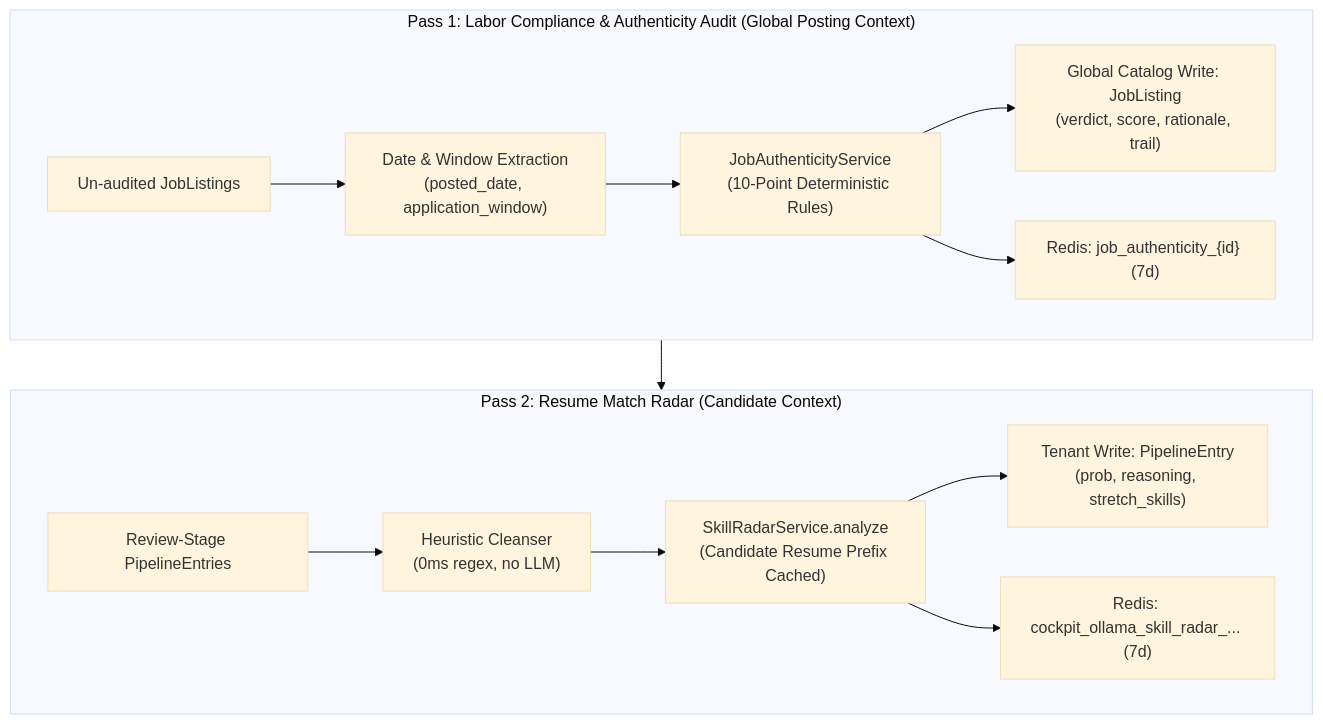
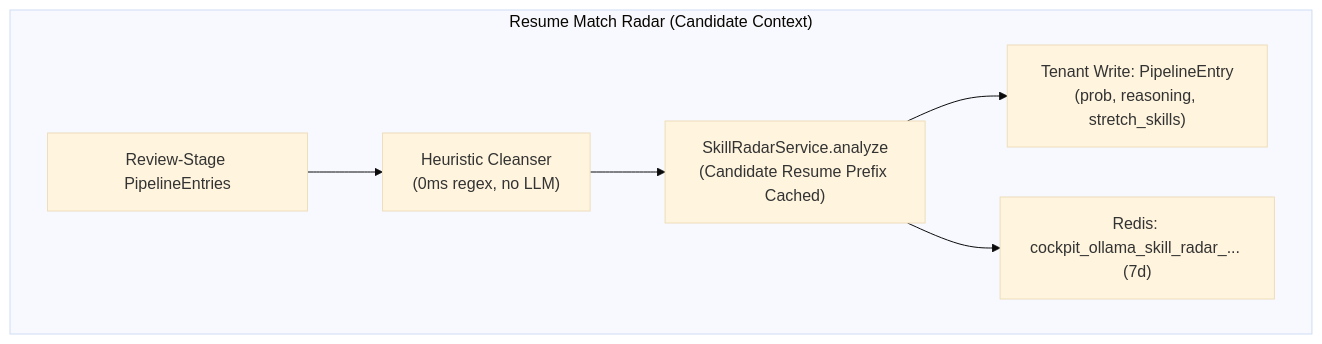
Before and after one commit to joedominic/hw: the second of 2 diagrams in docs/architecture.md, drawn with Mermaid (base theme). The commit also changed other lines of this file and 88 other files, not shown here.

````diff
--- a/docs/architecture.md
+++ b/docs/architecture.md
@@ -123,18 +130,9 @@
 ```mermaid
 flowchart TD
-    subgraph Pass1 ["Pass 1: Labor Compliance & Authenticity Audit (Global Posting Context)"]
-        P1_Jobs["Un-audited JobListings"] --> P1_Extract["Date & Window Extraction<br>(posted_date, application_window)"]
-        P1_Extract --> P1_Ollama["JobAuthenticityService<br>(10-Point Deterministic Rules)"]
-        P1_Ollama --> P1_DB["Global Catalog Write: JobListing<br>(verdict, score, rationale, trail)"]
-        P1_Ollama --> P1_Redis["Redis: job_authenticity_{id} (7d)"]
+    subgraph MatchRadar ["Resume Match Radar (Candidate Context)"]
+        P_Jobs["Review-Stage PipelineEntries"] --> P_Cleanse["Heuristic Cleanser<br>(0ms regex, no LLM)"]
+        P_Cleanse --> P_Ollama["SkillRadarService.analyze<br>(Candidate Resume Prefix Cached)"]
+        P_Ollama --> P_DB["Tenant Write: PipelineEntry<br>(prob, reasoning, stretch_skills)"]
+        P_Ollama --> P_Redis["Redis: cockpit_ollama_skill_radar_... (7d)"]
     end
-
-    subgraph Pass2 ["Pass 2: Resume Match Radar (Candidate Context)"]
-        P2_Jobs["Review-Stage PipelineEntries"] --> P2_Cleanse["Heuristic Cleanser<br>(0ms regex, no LLM)"]
-        P2_Cleanse --> P2_Ollama["SkillRadarService.analyze<br>(Candidate Resume Prefix Cached)"]
-        P2_Ollama --> P2_DB["Tenant Write: PipelineEntry<br>(prob, reasoning, stretch_skills)"]
-        P2_Ollama --> P2_Redis["Redis: cockpit_ollama_skill_radar_... (7d)"]
-    end
-
-    Pass1 --> Pass2
 ```
````
